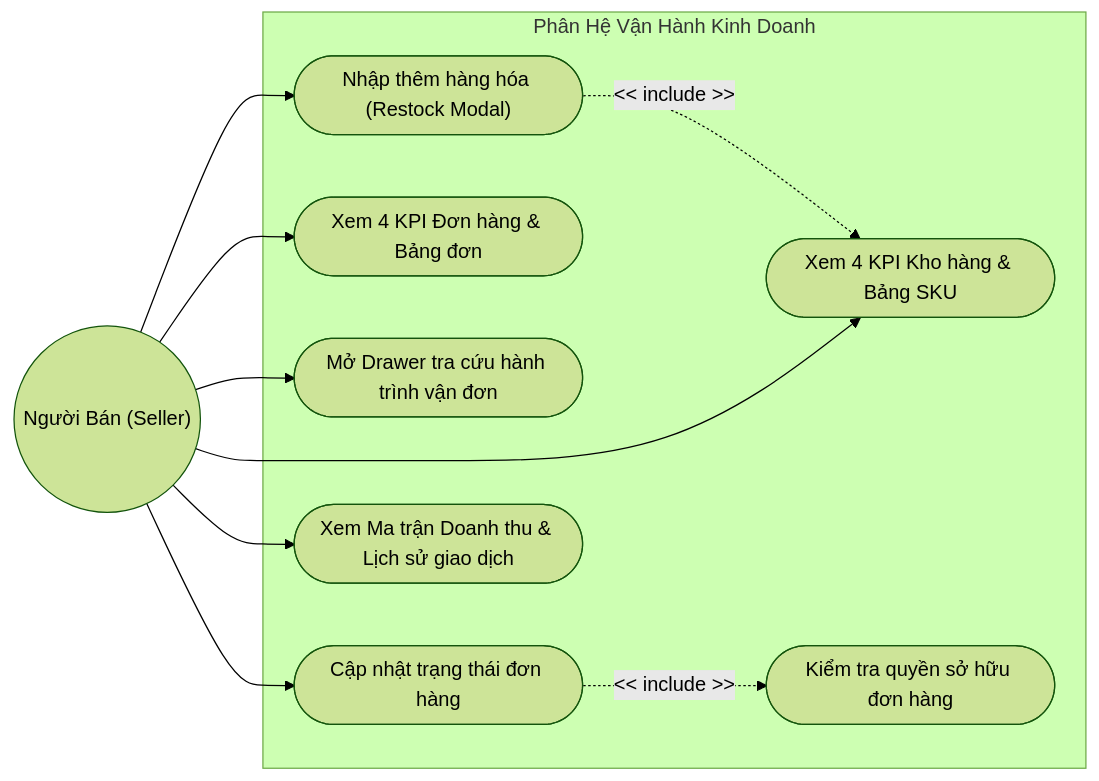
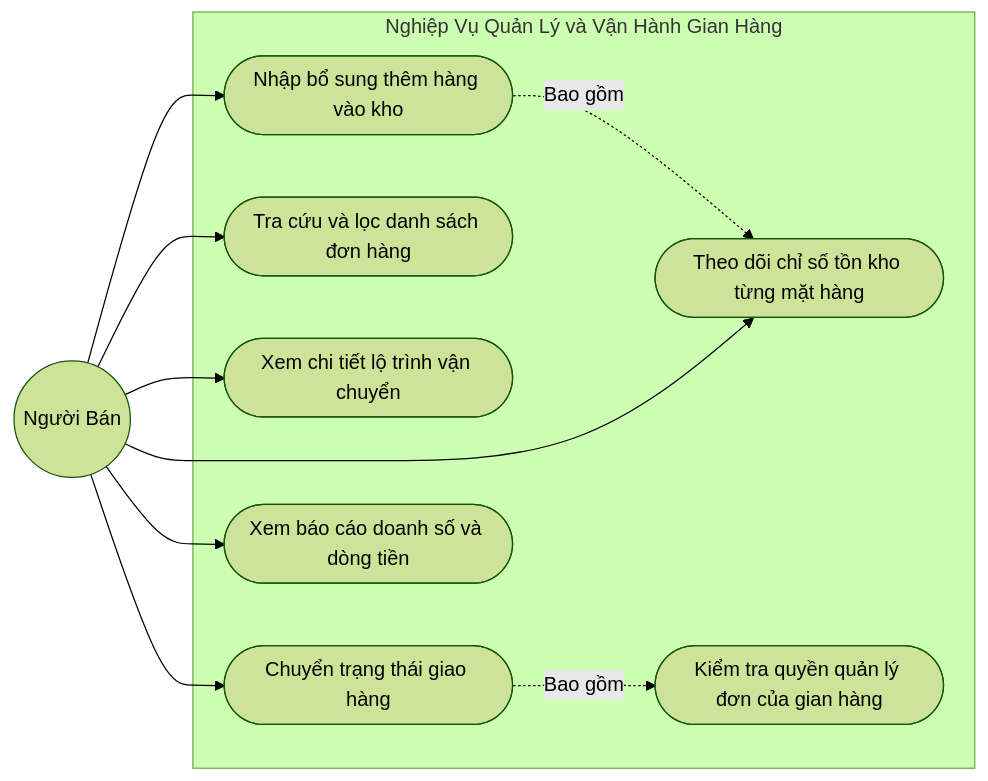
Before and after one commit to ducmanh-jr/aethelgard_shopping_mall: the eighth of 16 diagrams in BAO_CAO_THIET_KE_HE_THONG.md, drawn with Mermaid (forest theme). The commit also changed other lines of this file and 310 other files, not shown here.

````diff
--- a/BAO_CAO_THIET_KE_HE_THONG.md
+++ b/BAO_CAO_THIET_KE_HE_THONG.md
@@ -263,24 +313,24 @@
 ```mermaid
 flowchart LR
-    Seller(("Người Bán (Seller)"))
+    Seller(("Người Bán"))
 
-    subgraph SellerContext ["Phân Hệ Vận Hành Kinh Doanh"]
-        S_UC1(["Xem 4 KPI Kho hàng & Bảng SKU"])
-        S_UC2(["Nhập thêm hàng hóa (Restock Modal)"])
-        S_UC3(["Xem 4 KPI Đơn hàng & Bảng đơn"])
-        S_UC4(["Mở Drawer tra cứu hành trình vận đơn"])
-        S_UC5(["Cập nhật trạng thái đơn hàng"])
-        S_UC6(["Kiểm tra quyền sở hữu đơn hàng"])
-        S_UC7(["Xem Ma trận Doanh thu & Lịch sử giao dịch"])
+    subgraph SellerUseCase ["Nghiệp Vụ Quản Lý và Vận Hành Gian Hàng"]
+        S1(["Theo dõi chỉ số tồn kho từng mặt hàng"])
+        S2(["Nhập bổ sung thêm hàng vào kho"])
+        S3(["Tra cứu và lọc danh sách đơn hàng"])
+        S4(["Xem chi tiết lộ trình vận chuyển"])
+        S5(["Chuyển trạng thái giao hàng"])
+        S6(["Kiểm tra quyền quản lý đơn của gian hàng"])
+        S7(["Xem báo cáo doanh số và dòng tiền"])
 
-        S_UC2 -.->|<< include >>| S_UC1
-        S_UC5 -.->|<< include >>| S_UC6
+        S2 -.->|Bao gồm| S1
+        S5 -.->|Bao gồm| S6
     end
 
-    Seller --> S_UC1
-    Seller --> S_UC2
-    Seller --> S_UC3
-    Seller --> S_UC4
-    Seller --> S_UC5
-    Seller --> S_UC7
+    Seller --> S1
+    Seller --> S2
+    Seller --> S3
+    Seller --> S4
+    Seller --> S5
+    Seller --> S7
 ```
````
